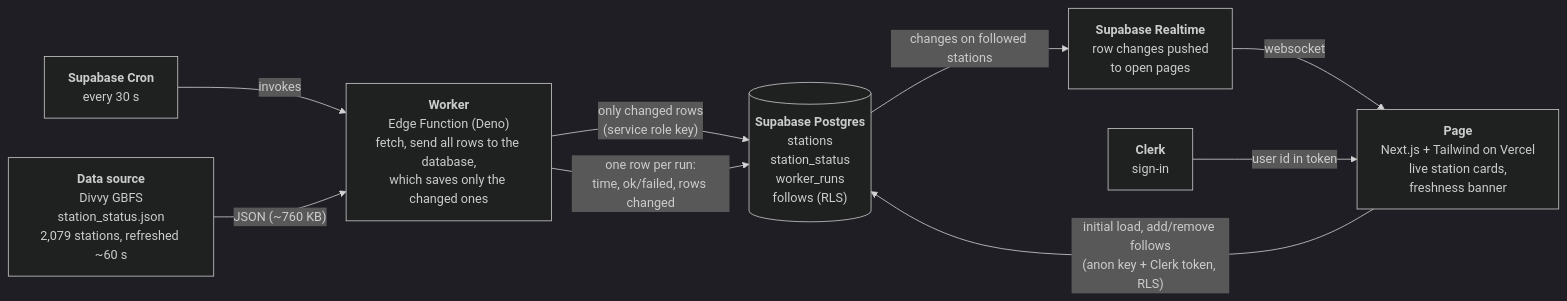
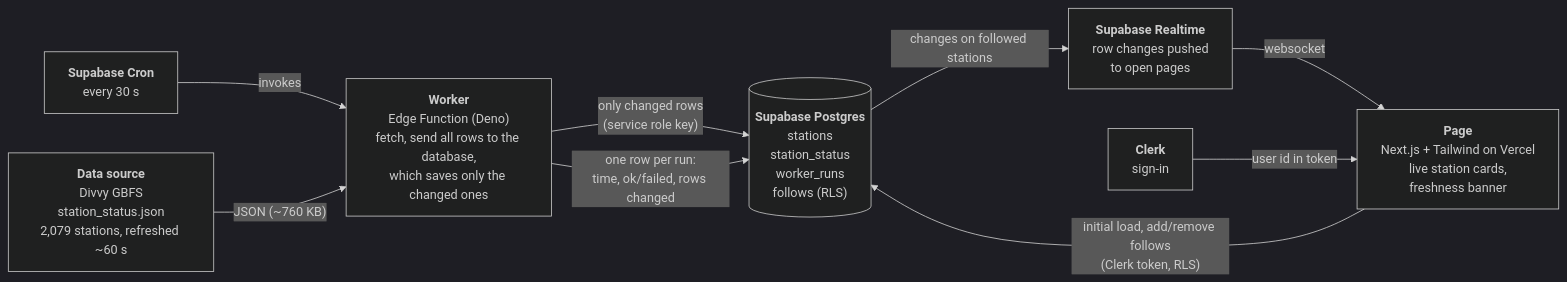
Before and after one commit to r3dw/assign5: the diagram in docs/data-flow.md, drawn with Mermaid (dark theme). The commit also changed other lines of this file and 9 other files, not shown here.

````diff
--- a/docs/data-flow.md
+++ b/docs/data-flow.md
@@ -7,19 +7,19 @@
 ```mermaid
 flowchart LR
     SRC["<b>Data source</b><br/>Divvy GBFS<br/>station_status.json<br/>2,079 stations, refreshed ~60 s"]
     CRON["<b>Supabase Cron</b><br/>every 30 s"]
     W["<b>Worker</b><br/>Edge Function (Deno)<br/>fetch, send all rows to the database,<br/>which saves only the changed ones"]
     DB[("<b>Supabase Postgres</b><br/>stations<br/>station_status<br/>worker_runs<br/>follows (RLS)")]
     RT["<b>Supabase Realtime</b><br/>row changes pushed<br/>to open pages"]
     PAGE["<b>Page</b><br/>Next.js + Tailwind on Vercel<br/>live station cards,<br/>freshness banner"]
     CLERK["<b>Clerk</b><br/>sign-in"]
 
     CRON -- "invokes" --> W
     SRC -- "JSON (~760 KB)" --> W
     W -- "only changed rows<br/>(service role key)" --> DB
     W -- "one row per run:<br/>time, ok/failed, rows changed" --> DB
     DB -- "changes on followed stations" --> RT
     RT -- "websocket" --> PAGE
-    PAGE -- "initial load, add/remove follows<br/>(anon key + Clerk token, RLS)" --> DB
+    PAGE -- "initial load, add/remove follows<br/>(Clerk token, RLS)" --> DB
     CLERK -- "user id in token" --> PAGE
 ```
````
